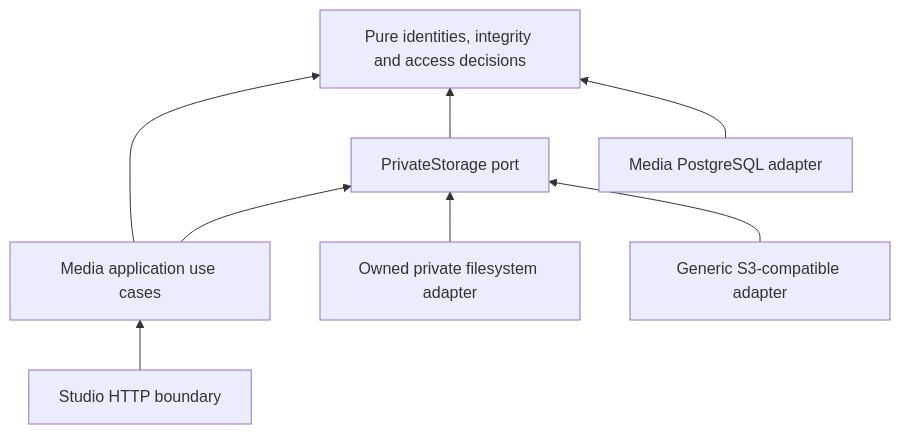
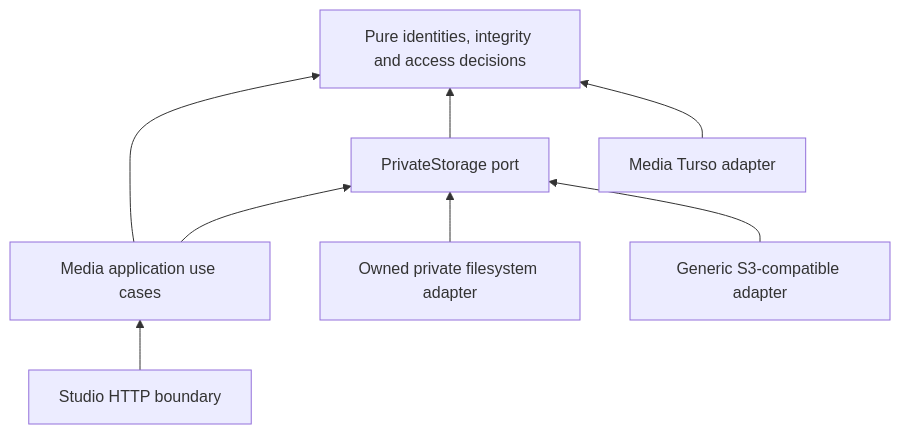
Before and after one commit to loveoverflowcom/cantos: the diagram in docs/architecture/object-storage.md, drawn with Mermaid. The commit also changed other lines of this file and 2 other files, not shown here.

````diff
--- a/docs/architecture/object-storage.md
+++ b/docs/architecture/object-storage.md
@@ -33,10 +33,10 @@
 ```mermaid
 flowchart BT
     HTTP[Studio HTTP boundary] --> App[Media application use cases]
     App --> Domain[Pure identities, integrity and access decisions]
     App --> Port[PrivateStorage port]
     FS[Owned private filesystem adapter] --> Port
     S3[Generic S3-compatible adapter] --> Port
     Port --> Domain
-    PG[Media PostgreSQL adapter] --> Domain
+    DB[Media Turso adapter] --> Domain
 ```
````
